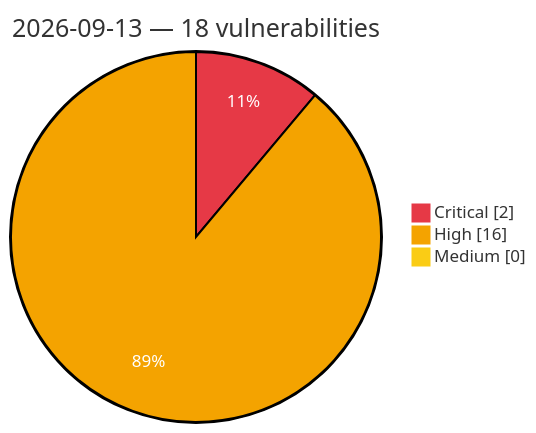
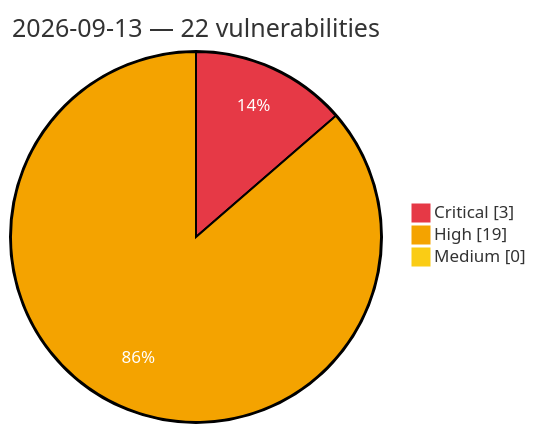
One commit to GhostX0X/vuln-tracker changed the diagram in vulnerabilities/2026/September/2026-09-13.md. Above: the diagram before and after it, drawn with Mermaid. The commit also changed other lines of this file and 5 other files, not shown here.

Commit message:
Auto update: critical/high vulns (2026-09-14 00:27 UTC)

````diff
--- a/vulnerabilities/2026/September/2026-09-13.md
+++ b/vulnerabilities/2026/September/2026-09-13.md
@@ -3,8 +3,8 @@
 ```mermaid
 %%{init: {'theme':'base', 'themeVariables': {'pie1':'#e63946', 'pie2':'#f4a300', 'pie3':'#facc15', 'pieOpacity':'1', 'pieOuterStrokeWidth':'2px', 'pieSectionTextColor':'#ffffff'}}}%%
 pie showData
-    title 2026-09-13 — 18 vulnerabilities
-    "Critical" : 2
-    "High" : 16
+    title 2026-09-13 — 22 vulnerabilities
+    "Critical" : 3
+    "High" : 19
     "Medium" : 0
 ```
````
